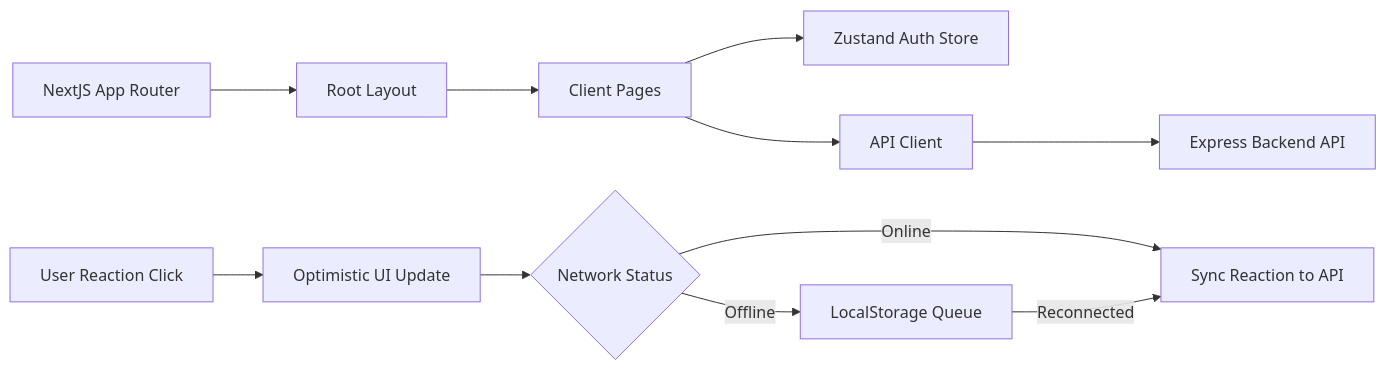
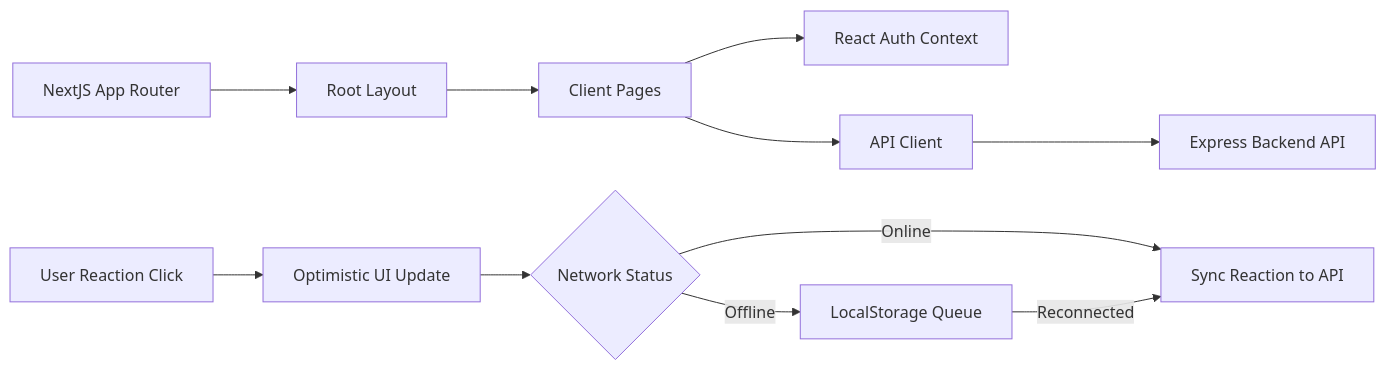
Before and after one commit to Arindam-Roy2004/RoastForge: the third of 3 diagrams in README.md, drawn with Mermaid. The commit also changed other lines of this file, not shown here.

Commit message:
docs: replace incorrect Zustand references with React Context API

````diff
--- a/README.md
+++ b/README.md
@@ -136,15 +136,15 @@
 ```mermaid
 flowchart LR
     AppRouter["NextJS App Router"] --> Layout["Root Layout"]
     Layout --> Pages["Client Pages"]
-    Pages --> AuthStore["Zustand Auth Store"]
+    Pages --> AuthStore["React Auth Context"]
     Pages --> ApiClient["API Client"]
 
     ApiClient --> API["Express Backend API"]
 
     UserClick["User Reaction Click"] --> Optimistic["Optimistic UI Update"]
     Optimistic --> NetworkCheck{"Network Status"}
     NetworkCheck -->|Online| SyncAPI["Sync Reaction to API"]
     NetworkCheck -->|Offline| OfflineQueue["LocalStorage Queue"]
     OfflineQueue -->|Reconnected| SyncAPI
 ```
````
